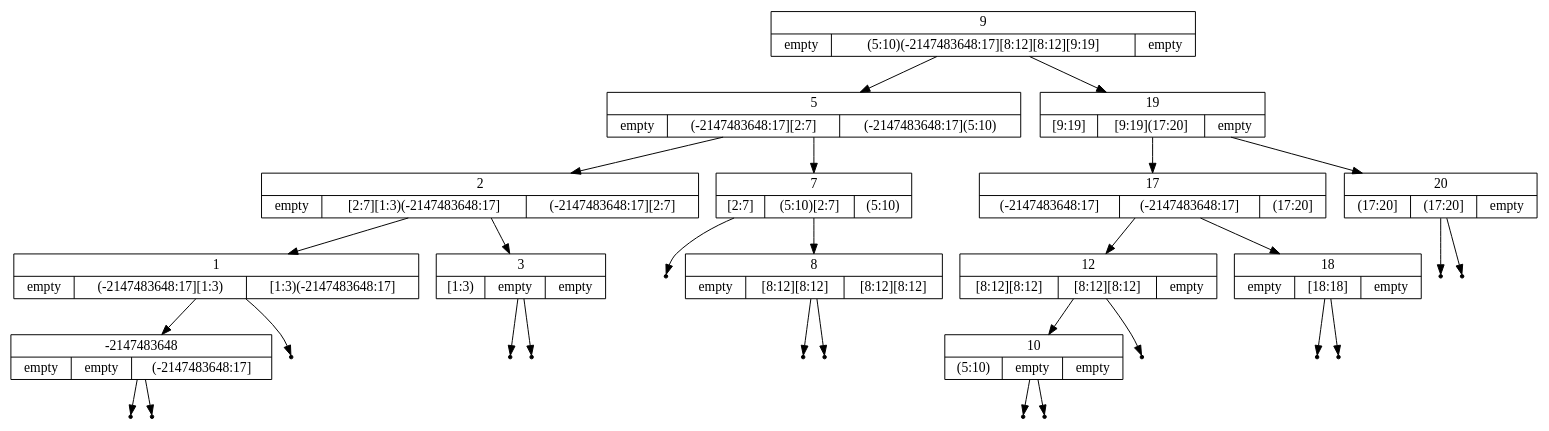
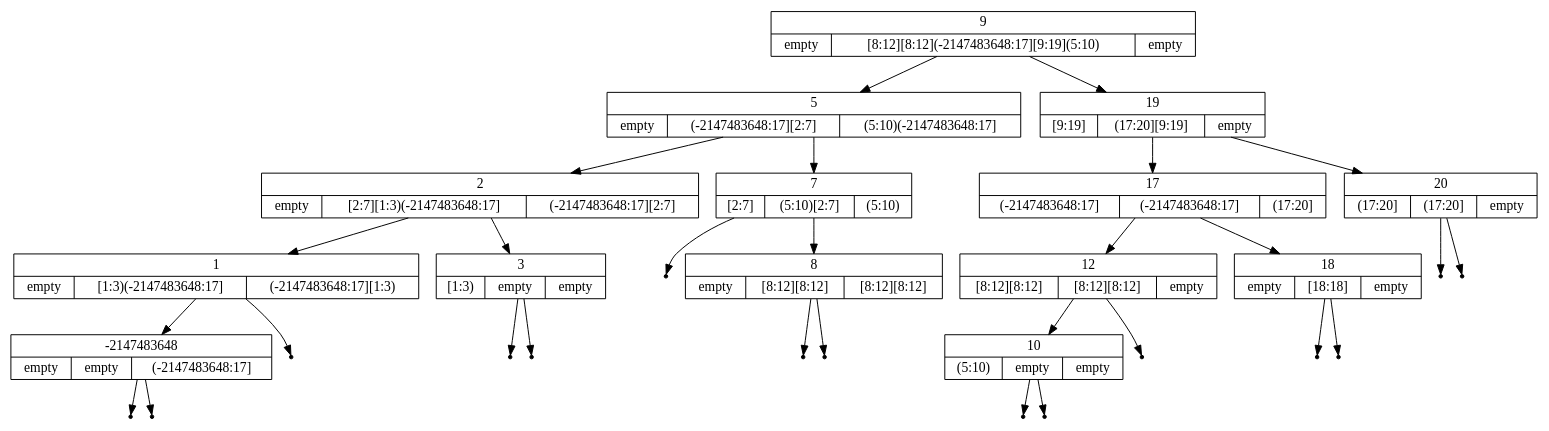
The diagram in C5.Tests/intervaled/data/IBSRemove4.gv (lundmikkel/C5), drawn with Graphviz before and after one commit.

Commit message:
Updates to Graphviz file

```diff
--- a/C5.Tests/intervaled/data/IBSRemove4.gv
+++ b/C5.Tests/intervaled/data/IBSRemove4.gv
@@ -1,77 +1,77 @@
 digraph IntervalBinarySearchTree {
 	node [shape=record];
-	struct0 [label="{<key> 9|{empty|(5:10)
+	struct0 [label="{<key> 9|{empty|[8:12]
+[8:12]
 (-2147483648:17]
-[8:12]
-[8:12]
-[9:19]|empty}}"];
+[9:19]
+(5:10)|empty}}"];
 	struct1 [label="{<key> 5|{empty|(-2147483648:17]
-[2:7]|(-2147483648:17]
-(5:10)}}"];
+[2:7]|(5:10)
+(-2147483648:17]}}"];
 	struct0 -> struct1;
 	struct2 [label="{<key> 2|{empty|[2:7]
 [1:3)
 (-2147483648:17]|(-2147483648:17]
 [2:7]}}"];
 	struct1 -> struct2;
-	struct3 [label="{<key> 1|{empty|(-2147483648:17]
-[1:3)|[1:3)
-(-2147483648:17]}}"];
+	struct3 [label="{<key> 1|{empty|[1:3)
+(-2147483648:17]|(-2147483648:17]
+[1:3)}}"];
 	struct2 -> struct3;
 	struct4 [label="{<key> -2147483648|{empty|empty|(-2147483648:17]}}"];
 	struct3 -> struct4;
 	leaf0[shape=point];
 	struct4:left -> leaf0;
 	leaf1[shape=point];
 	struct4:right -> leaf1;
 	leaf2[shape=point];
 	struct3:right -> leaf2;
 	struct5 [label="{<key> 3|{[1:3)|empty|empty}}"];
 	struct2 -> struct5;
 	leaf3[shape=point];
 	struct5:left -> leaf3;
 	leaf4[shape=point];
 	struct5:right -> leaf4;
 	struct6 [label="{<key> 7|{[2:7]|(5:10)
 [2:7]|(5:10)}}"];
 	struct1 -> struct6;
 	leaf5[shape=point];
 	struct6:left -> leaf5;
 	struct7 [label="{<key> 8|{empty|[8:12]
 [8:12]|[8:12]
 [8:12]}}"];
 	struct6 -> struct7;
 	leaf6[shape=point];
 	struct7:left -> leaf6;
 	leaf7[shape=point];
 	struct7:right -> leaf7;
-	struct8 [label="{<key> 19|{[9:19]|[9:19]
-(17:20]|empty}}"];
+	struct8 [label="{<key> 19|{[9:19]|(17:20]
+[9:19]|empty}}"];
 	struct0 -> struct8;
 	struct9 [label="{<key> 17|{(-2147483648:17]|(-2147483648:17]|(17:20]}}"];
 	struct8 -> struct9;
 	struct10 [label="{<key> 12|{[8:12]
 [8:12]|[8:12]
 [8:12]|empty}}"];
 	struct9 -> struct10;
 	struct11 [label="{<key> 10|{(5:10)|empty|empty}}"];
 	struct10 -> struct11;
 	leaf8[shape=point];
 	struct11:left -> leaf8;
 	leaf9[shape=point];
 	struct11:right -> leaf9;
 	leaf10[shape=point];
 	struct10:right -> leaf10;
 	struct12 [label="{<key> 18|{empty|[18:18]|empty}}"];
 	struct9 -> struct12;
 	leaf11[shape=point];
 	struct12:left -> leaf11;
 	leaf12[shape=point];
 	struct12:right -> leaf12;
 	struct13 [label="{<key> 20|{(17:20]|(17:20]|empty}}"];
 	struct8 -> struct13;
 	leaf13[shape=point];
 	struct13:left -> leaf13;
 	leaf14[shape=point];
 	struct13:right -> leaf14;
 }
```
